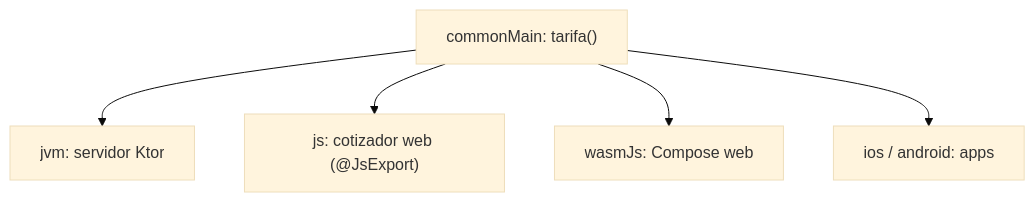
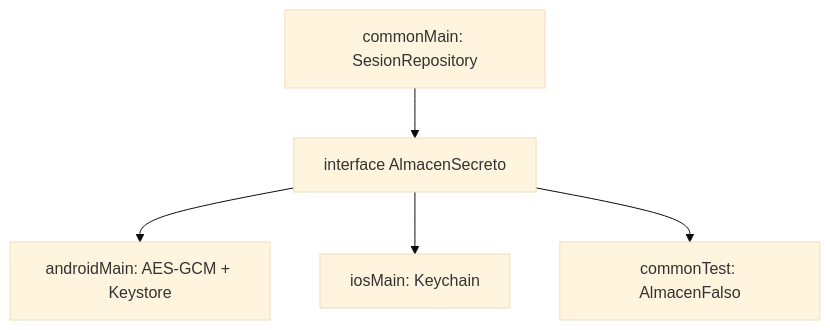
The fifth of 5 diagrams in web/public/content/kotlin-multiplatform/modulo-3.md (NICORUIZ93/The_Imperial_Book), drawn with Mermaid (base theme) before and after one commit. The commit also changed other lines of this file and 305 other files, not shown here.

````diff
--- a/web/public/content/kotlin-multiplatform/modulo-3.md
+++ b/web/public/content/kotlin-multiplatform/modulo-3.md
@@ -412,7 +430,7 @@
 ```mermaid
 flowchart TB
-    C["commonMain: tarifa()"] --> J["jvm: servidor Ktor"]
-    C --> S["js: cotizador web (@JsExport)"]
-    C --> W["wasmJs: Compose web"]
-    C --> I["ios / android: apps"]
+    C["commonMain: SesionRepository"] --> I["interface AlmacenSecreto"]
+    I --> A["androidMain: AES-GCM + Keystore"]
+    I --> S["iosMain: Keychain"]
+    I --> F["commonTest: AlmacenFalso"]
 ```
````
